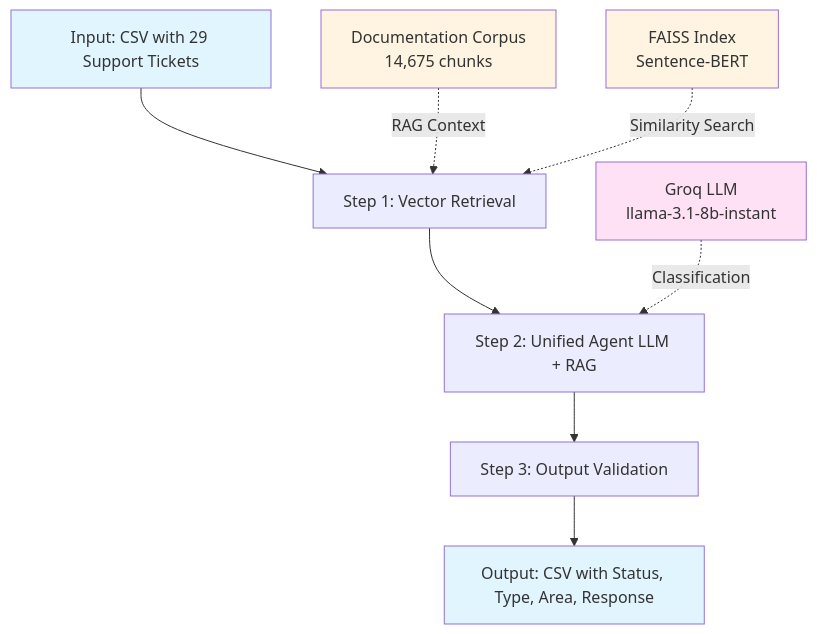
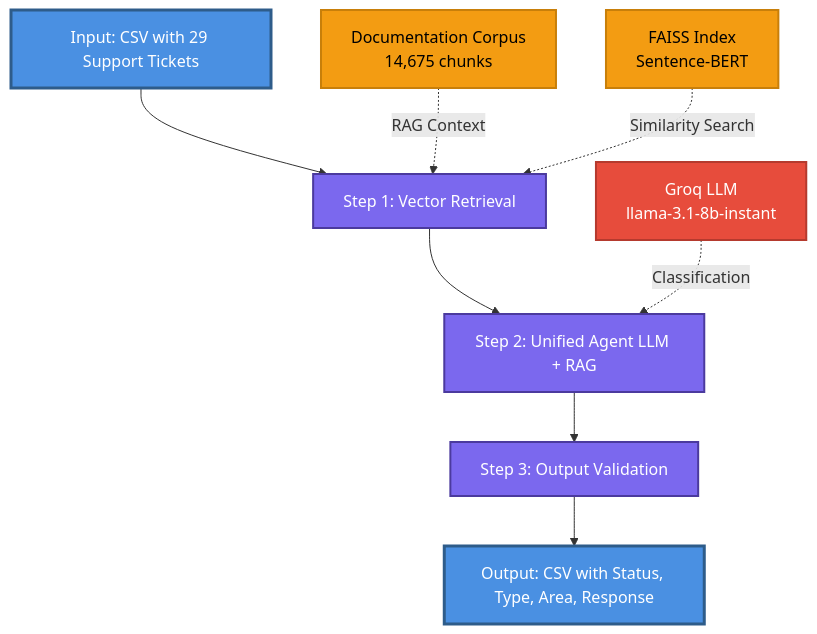
Before and after one commit to MohitSahoo/Multi-Domain-Support-Triage-Challenge: the diagram in README.md, drawn with Mermaid. The commit also changed other lines of this file, not shown here.

First line of the commit message:
Improve README architecture diagram

````diff
--- a/README.md
+++ b/README.md
@@ -42,17 +42,20 @@
 ```mermaid
 graph TB
     A[Input: CSV with 29 Support Tickets] --> B[Step 1: Vector Retrieval]
     B --> C[Step 2: Unified Agent LLM + RAG]
     C --> D[Step 3: Output Validation]
     D --> E[Output: CSV with Status, Type, Area, Response]
     
     F[Documentation Corpus<br/>14,675 chunks] -.->|RAG Context| B
     G[FAISS Index<br/>Sentence-BERT] -.->|Similarity Search| B
     H[Groq LLM<br/>llama-3.1-8b-instant] -.->|Classification| C
     
-    style A fill:#e1f5ff
-    style E fill:#e1f5ff
-    style F fill:#fff4e1
-    style G fill:#fff4e1
-    style H fill:#ffe1f5
+    style A fill:#4A90E2,stroke:#2E5C8A,stroke-width:3px,color:#fff
+    style E fill:#4A90E2,stroke:#2E5C8A,stroke-width:3px,color:#fff
+    style B fill:#7B68EE,stroke:#4B3A9E,stroke-width:2px,color:#fff
+    style C fill:#7B68EE,stroke:#4B3A9E,stroke-width:2px,color:#fff
+    style D fill:#7B68EE,stroke:#4B3A9E,stroke-width:2px,color:#fff
+    style F fill:#F39C12,stroke:#C87F0A,stroke-width:2px,color:#000
+    style G fill:#F39C12,stroke:#C87F0A,stroke-width:2px,color:#000
+    style H fill:#E74C3C,stroke:#B53A2E,stroke-width:2px,color:#fff
 ```
````
